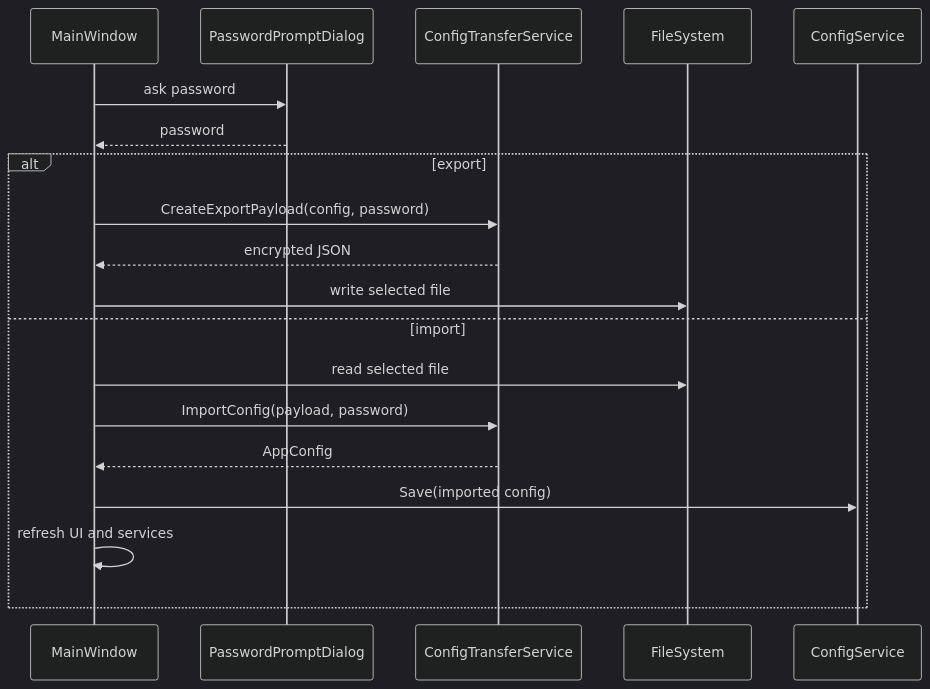
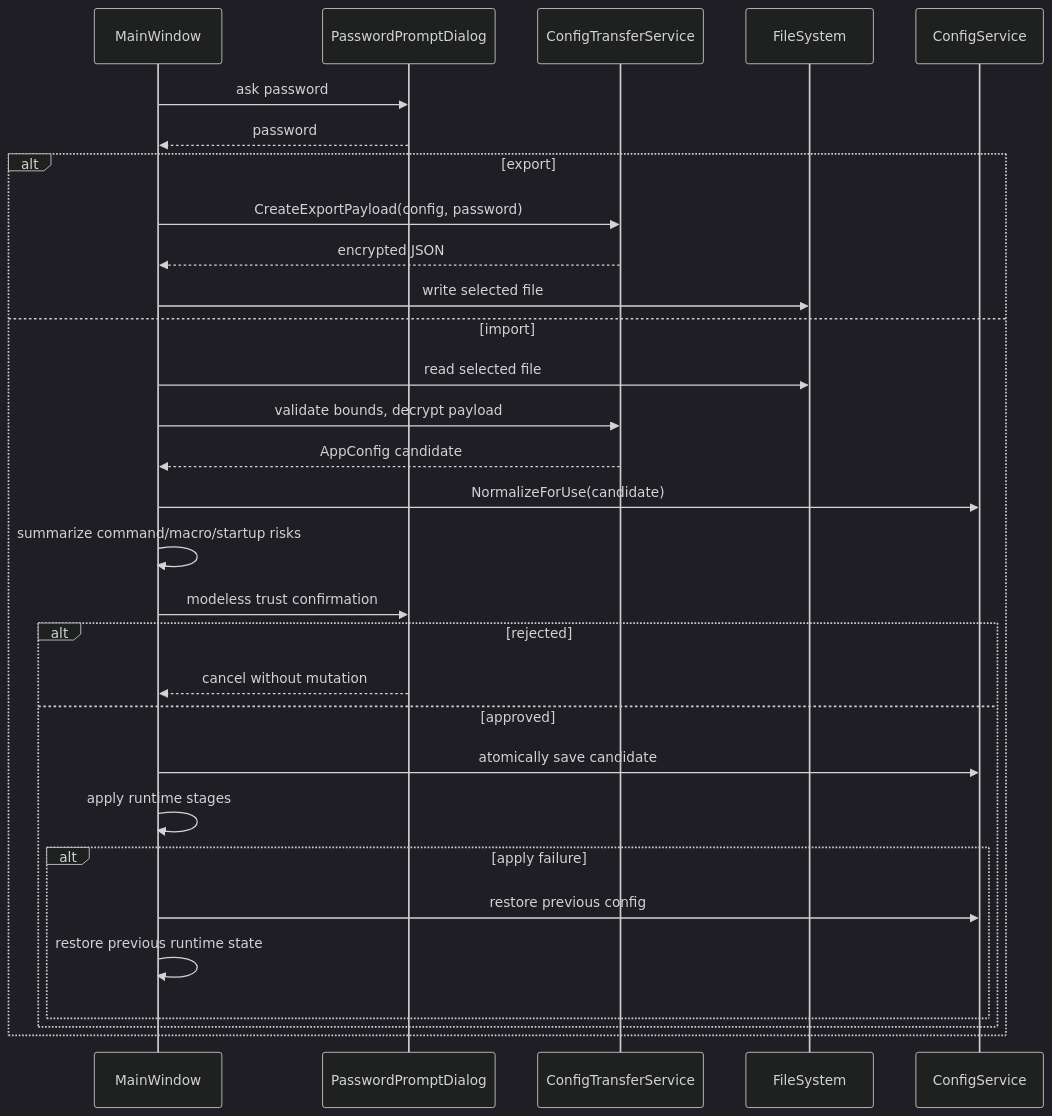
Diagram 12 of 12 in docs/DETAILED_DESIGN.md (ShinjiKawamura255/DropSendTo), drawn with Mermaid (dark theme) before and after one commit. The commit also changed other lines of this file and 13 other files, not shown here.

Commit message:
fix(config): harden config import and round-trip

````diff
--- a/docs/DETAILED_DESIGN.md
+++ b/docs/DETAILED_DESIGN.md
@@ -666,22 +666,33 @@
 ```mermaid
 sequenceDiagram
   participant MW as MainWindow
   participant PWD as PasswordPromptDialog
   participant CTS as ConfigTransferService
   participant FS as FileSystem
   participant CS as ConfigService
 
   MW->>PWD: ask password
   PWD-->>MW: password
   alt export
     MW->>CTS: CreateExportPayload(config, password)
     CTS-->>MW: encrypted JSON
     MW->>FS: write selected file
   else import
     MW->>FS: read selected file
-    MW->>CTS: ImportConfig(payload, password)
-    CTS-->>MW: AppConfig
-    MW->>CS: Save(imported config)
-    MW->>MW: refresh UI and services
+    MW->>CTS: validate bounds, decrypt payload
+    CTS-->>MW: AppConfig candidate
+    MW->>CS: NormalizeForUse(candidate)
+    MW->>MW: summarize command/macro/startup risks
+    MW->>PWD: modeless trust confirmation
+    alt rejected
+      PWD-->>MW: cancel without mutation
+    else approved
+      MW->>CS: atomically save candidate
+      MW->>MW: apply runtime stages
+      alt apply failure
+        MW->>CS: restore previous config
+        MW->>MW: restore previous runtime state
+      end
+    end
   end
 ```
````
